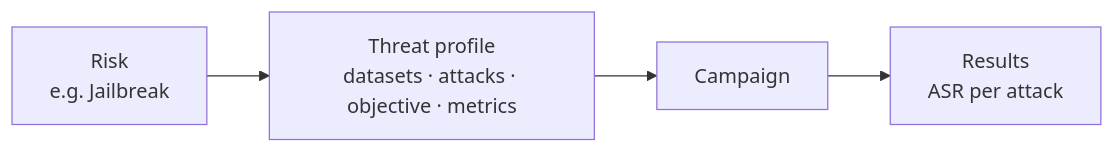
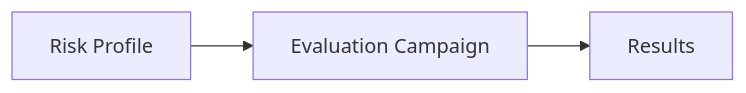
The diagram in docs/docs/risks/index.mdx (AISecurityLab/hackagent), drawn with Mermaid before and after one commit. The commit also changed other lines of this file and 840 other files, not shown here.

````diff
--- a/docs/docs/risks/index.mdx
+++ b/docs/docs/risks/index.mdx
@@ -9,5 +16,4 @@
 ```mermaid
 flowchart LR
-    R["Risk<br/>e.g. Jailbreak"] --> P["Threat profile<br/>datasets · attacks · objective · metrics"]
-    P --> C["Campaign"] --> O["Results<br/>ASR per attack"]
+    RISK["Risk Profile"] --> E["Evaluation Campaign"] --> R["Results"]
 ```
````
